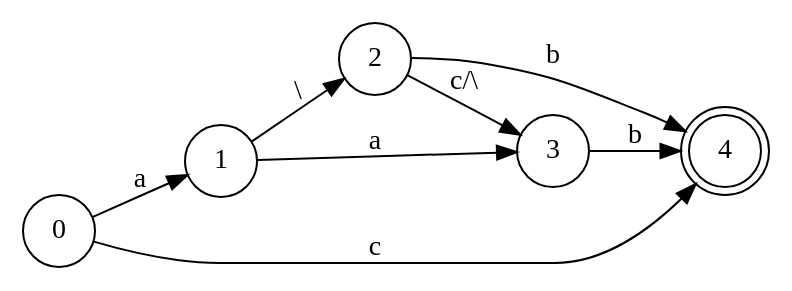
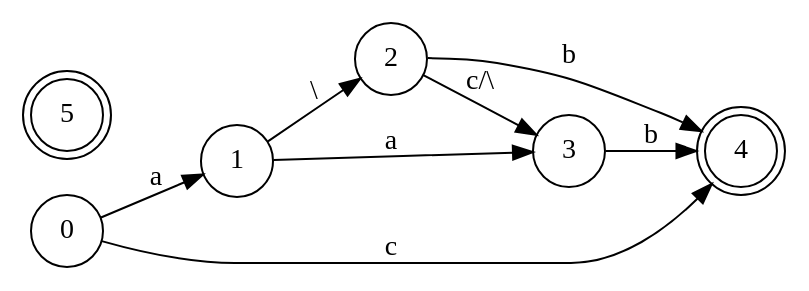
The diagram in files/af2.dot (kshmir/tla-2012), drawn with Graphviz before and after one commit. The commit also changed 5 other files, not shown here.

```diff
--- a/files/af2.dot
+++ b/files/af2.dot
@@ -1,19 +1,20 @@
 digraph{
 rankdir = "LR";
 //Nodos
 node[shape=circle] Node0 [label="0"];
 node[shape=circle] Node1 [label="1"];
 node[shape=circle] Node2 [label="2"];
 node[shape=circle] Node3 [label="3"];
 
 node[shape=doublecircle] Node4 [label="4"];
+node[shape=doublecircle] Node5 [label="5"];
 
 //Transiciones - Es valido tener lambda como etiqueta.
 Node0->Node4 [label="c"];
 Node0->Node1 [label="a"];
 Node1->Node2 [label="\\"];
 Node1->Node3 [label="a"];
 Node2->Node4 [label="b"];
 Node2->Node3 [label="c/\\"];
 Node3->Node4 [label="b"];
 }
```
